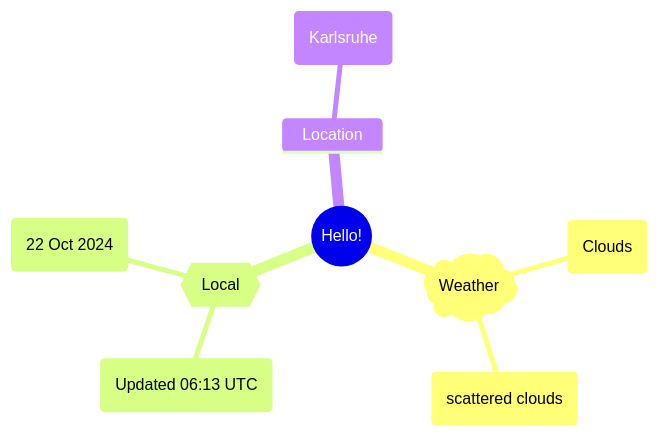
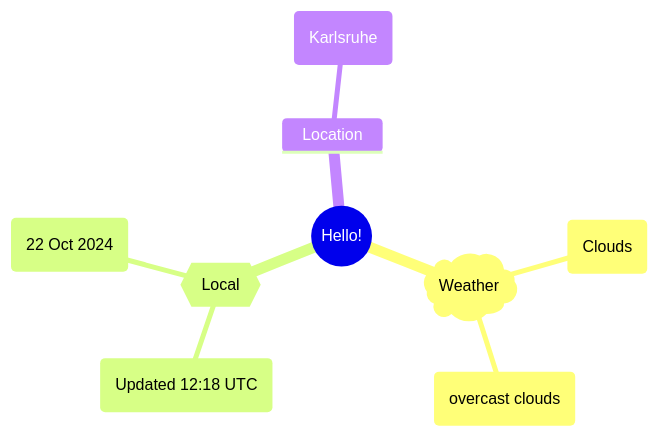
One commit to Xosrov/Xosrov changed the first of 2 diagrams in README.md. Above: the diagram before and after it, drawn with Mermaid.

Commit message:
[bot] updated images

````diff
--- a/README.md
+++ b/README.md
@@ -3,12 +3,12 @@
 ```mermaid
 mindmap
   root((Hello!))
     )Weather(
         (Clouds)
-        (scattered clouds)
+        (overcast clouds)
     {{Local}}
-        (Updated 06:13 UTC)
+        (Updated 12:18 UTC)
         (22 Oct 2024)
     Location
         (Karlsruhe)
 ```
````
